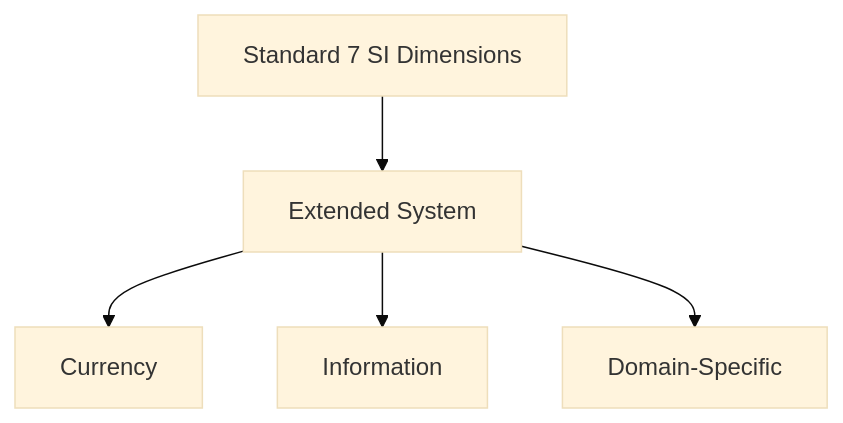
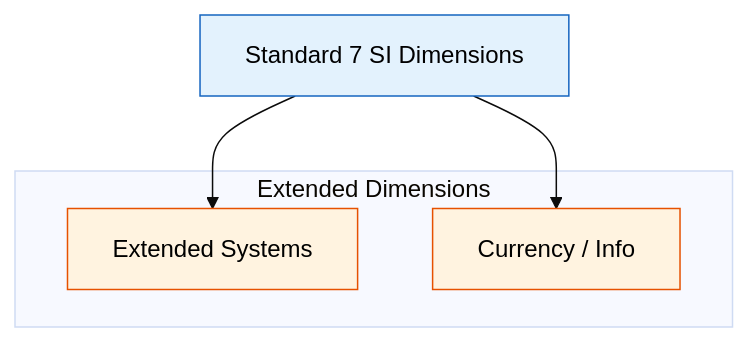
Before and after one commit to wramet/build-my-cfd: the third of 5 diagrams in MODULE_05_OPENFOAM_PROGRAMMING/CONTENT/02_DIMENSIONED_TYPES/05_Pitfalls_and_Solutions.md, drawn with Mermaid (base theme). The commit also changed other lines of this file and 313 other files, not shown here.

Commit message:
Revise all diagram

````diff
--- a/MODULE_05_OPENFOAM_PROGRAMMING/CONTENT/02_DIMENSIONED_TYPES/05_Pitfalls_and_Solutions.md
+++ b/MODULE_05_OPENFOAM_PROGRAMMING/CONTENT/02_DIMENSIONED_TYPES/05_Pitfalls_and_Solutions.md
@@ -334,7 +336,14 @@
 ```mermaid
-graph TD
-    A[Standard 7 SI Dimensions] --> B[Extended System]
-    B --> C[Currency]
-    B --> D[Information]
-    B --> E[Domain-Specific]
+flowchart TD
+classDef base fill:#e3f2fd,stroke:#1565c0,color:#000
+classDef ext fill:#fff3e0,stroke:#e65100,color:#000
+A[Standard 7 SI Dimensions]:::base
+
+subgraph Extensions [Extended Dimensions]
+    B[Extended Systems]:::ext
+    C[Currency / Info]:::ext
+end
+
+A --> B
+A --> C
 ```
````
